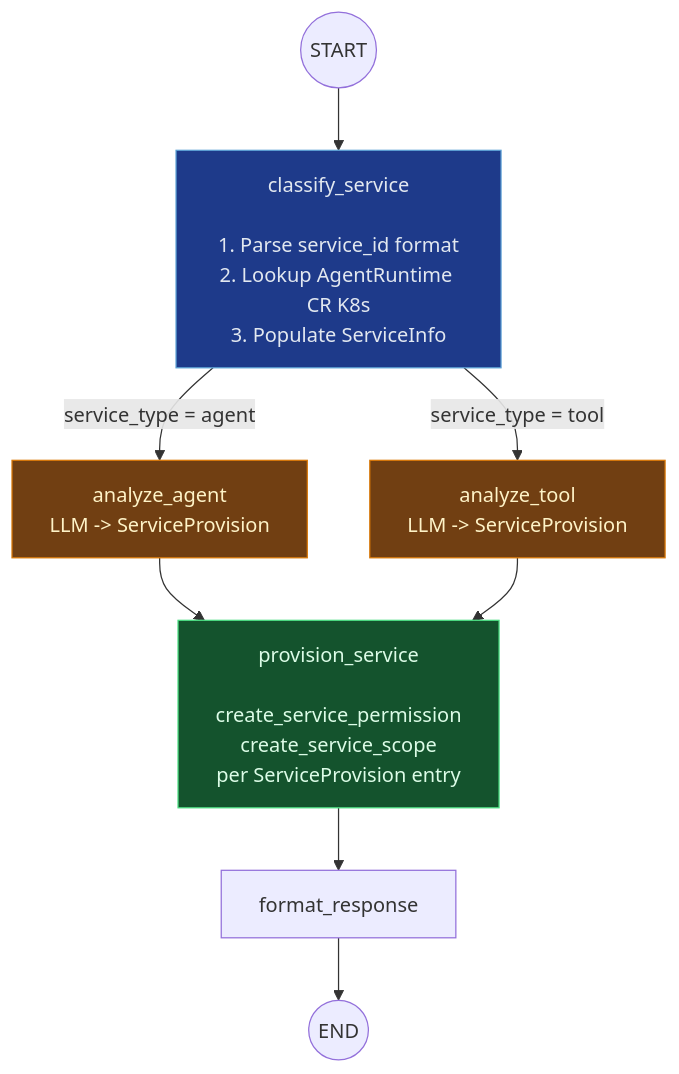
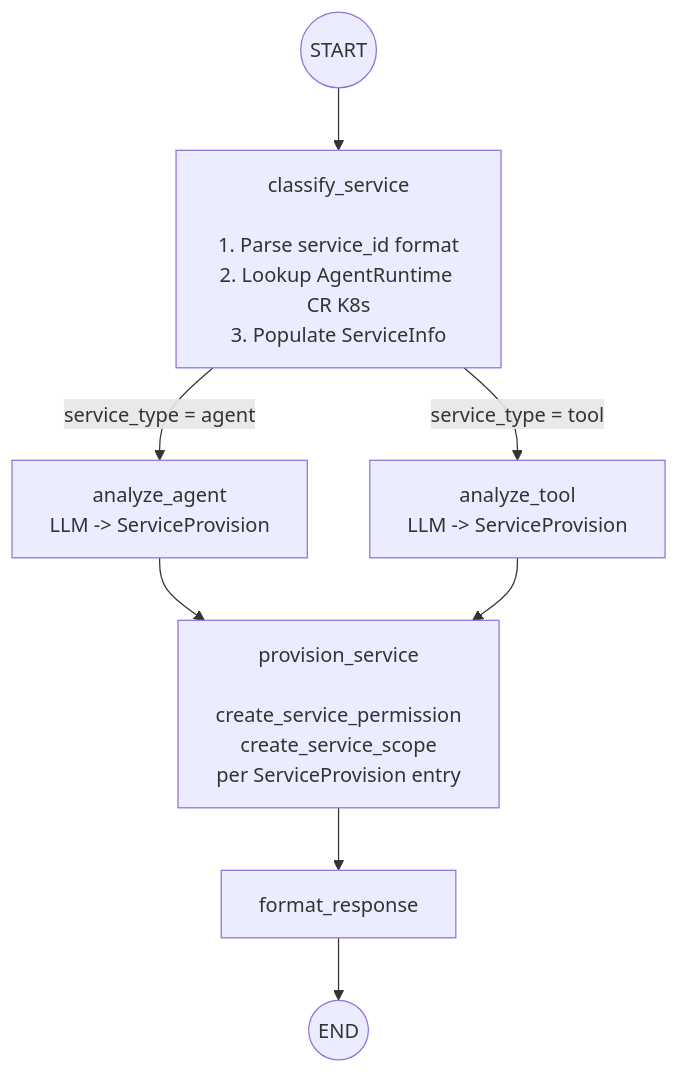
Before and after one commit to rossoctl/aiac: the second of 3 diagrams in inception/requirements/components/aiac-agent/uc1-service-onboarding.md, drawn with Mermaid. The commit also changed other lines of this file and 3 other files, not shown here.

First line of the commit message:
docs: Remove mermaid element styles from aiac-agent requirement docs

````diff
--- a/inception/requirements/components/aiac-agent/uc1-service-onboarding.md
+++ b/inception/requirements/components/aiac-agent/uc1-service-onboarding.md
@@ -68,18 +68,13 @@
 ```mermaid
 flowchart TD
     START(("START")) --> CLASSIFY["classify_service\n\n1. Parse service_id format\n2. Lookup AgentRuntime CR K8s\n3. Populate ServiceInfo"]
 
     CLASSIFY -->|"service_type = agent"| ANALYZE_AGENT["analyze_agent\nLLM -> ServiceProvision"]
     CLASSIFY -->|"service_type = tool"| ANALYZE_TOOL["analyze_tool\nLLM -> ServiceProvision"]
 
     ANALYZE_AGENT --> PROVISION["provision_service\n\ncreate_service_permission\ncreate_service_scope\nper ServiceProvision entry"]
     ANALYZE_TOOL --> PROVISION
 
     PROVISION --> FORMAT["format_response"]
     FORMAT --> END(("END"))
-
-    style CLASSIFY fill:#1e3a8a,color:#e2e8f0,stroke:#5a9fd4
-    style ANALYZE_AGENT fill:#713f12,color:#fef3c7,stroke:#d97706
-    style ANALYZE_TOOL fill:#713f12,color:#fef3c7,stroke:#d97706
-    style PROVISION fill:#14532d,color:#dcfce7,stroke:#4ade80
 ```
````
